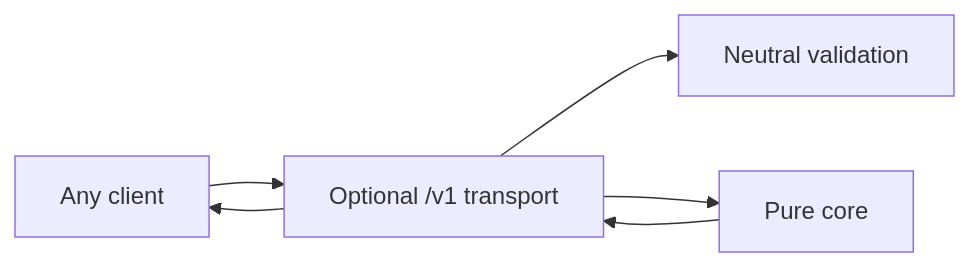
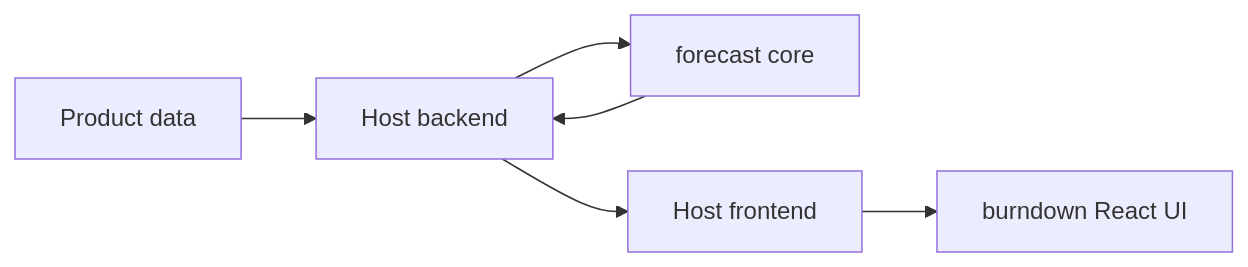
Before and after one commit to tansohq/credit-estimator: the third of 4 diagrams in docs/architecture.md, drawn with Mermaid. The commit also changed other lines of this file and 95 other files, not shown here.

````diff
--- a/docs/architecture.md
+++ b/docs/architecture.md
@@ -654,8 +358,8 @@
 ```mermaid
 flowchart LR
-  Client["Any client"] --> API["Optional /v1 transport"]
-  API --> Schema["Neutral validation"]
-  API --> Core["Pure core"]
-  Core --> API
-  API --> Client
+  Product["Product data"] --> HostAPI["Host backend"]
+  HostAPI --> Core["forecast core"]
+  Core --> HostAPI
+  HostAPI --> ProductUI["Host frontend"]
+  ProductUI --> UI["burndown React UI"]
 ```
````
